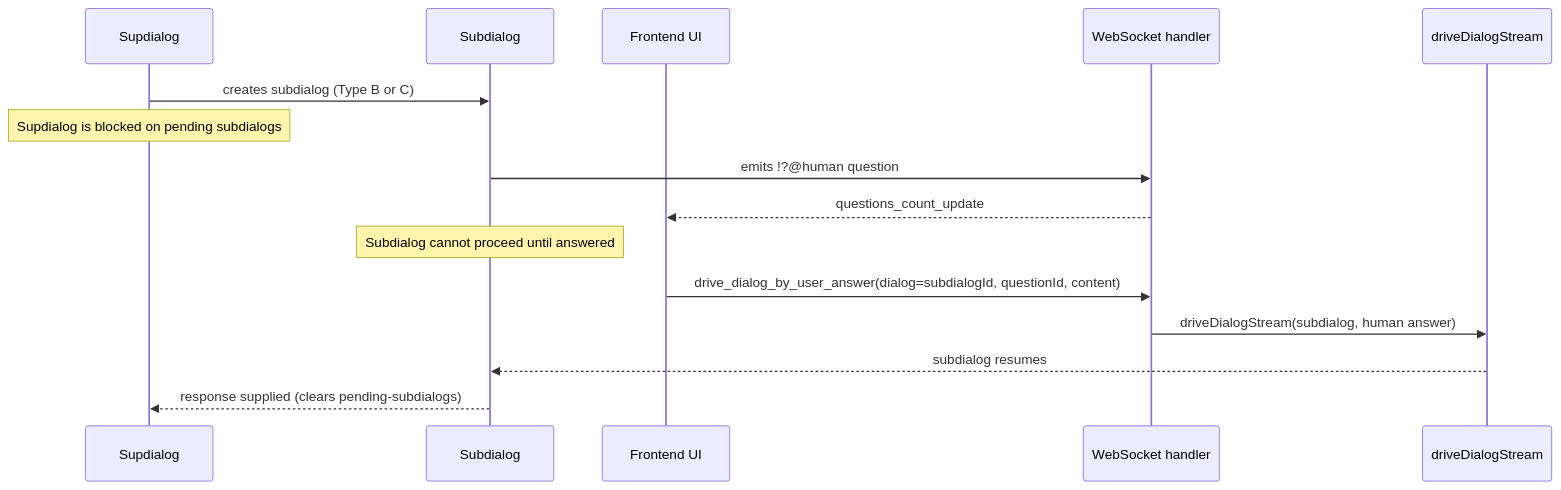
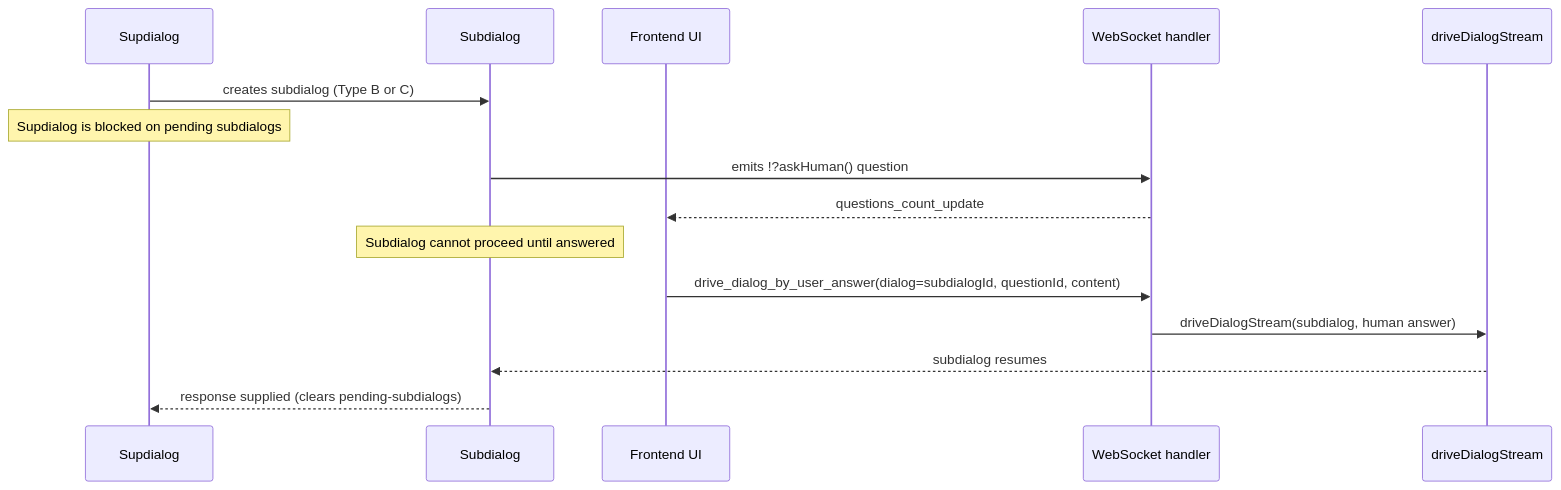
The fourth of 18 diagrams in docs/dialog-system.md (longrun-ai/dominds), drawn with Mermaid before and after one commit. The commit also changed other lines of this file and 21 other files, not shown here.

````diff
--- a/docs/dialog-system.md
+++ b/docs/dialog-system.md
@@ -549,20 +549,20 @@
 ```mermaid
 sequenceDiagram
   participant Sup as Supdialog
   participant Sub as Subdialog
   participant UI as Frontend UI
   participant WS as WebSocket handler
   participant Driver as driveDialogStream
 
   Sup->>Sub: creates subdialog (Type B or C)
   Note over Sup: Supdialog is blocked on pending subdialogs
 
-  Sub->>WS: emits !?@human question
+  Sub->>WS: emits !?askHuman() question
   WS-->>UI: questions_count_update
   Note over Sub: Subdialog cannot proceed until answered
 
   UI->>WS: drive_dialog_by_user_answer(dialog=subdialogId, questionId, content)
   WS->>Driver: driveDialogStream(subdialog, human answer)
   Driver-->>Sub: subdialog resumes
   Sub-->>Sup: response supplied (clears pending-subdialogs)
 ```
````
